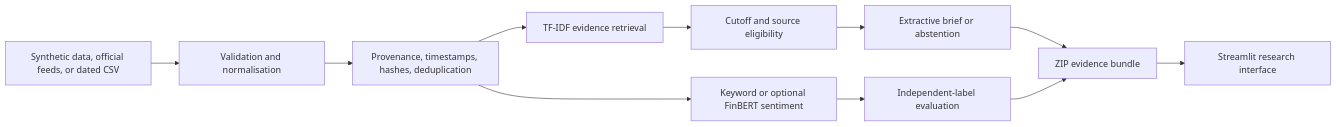
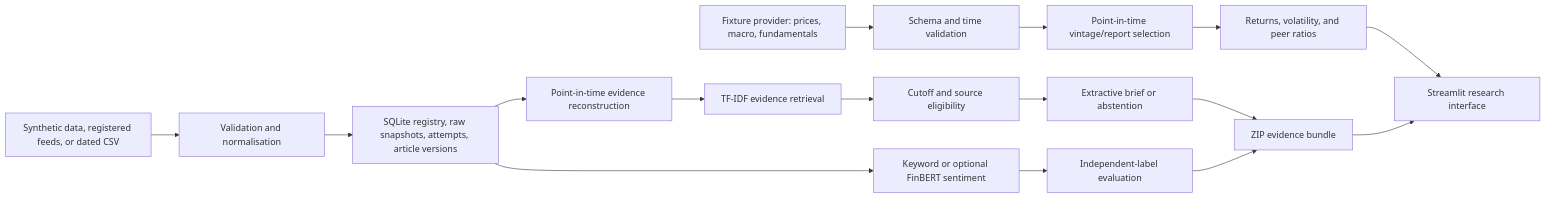
Before and after one commit to iso-derek/market-intelligence-ai-platform: the diagram in README.md, drawn with Mermaid. The commit also changed other lines of this file and 94 other files, not shown here.

````diff
--- a/README.md
+++ b/README.md
@@ -47,13 +72,18 @@
 ```mermaid
 flowchart LR
-    A[Synthetic data, official feeds, or dated CSV] --> B[Validation and normalisation]
-    B --> C[Provenance, timestamps, hashes, deduplication]
+    M[Fixture provider: prices, macro, fundamentals] --> N[Schema and time validation]
+    N --> O[Point-in-time vintage/report selection]
+    O --> P[Returns, volatility, and peer ratios]
+    P --> J[Streamlit research interface]
+    A[Synthetic data, registered feeds, or dated CSV] --> B[Validation and normalisation]
+    B --> C[SQLite registry, raw snapshots, attempts, article versions]
+    C --> D0[Point-in-time evidence reconstruction]
     C --> D[Keyword or optional FinBERT sentiment]
-    C --> E[TF-IDF evidence retrieval]
+    D0 --> E[TF-IDF evidence retrieval]
     E --> F[Cutoff and source eligibility]
     F --> G[Extractive brief or abstention]
     D --> H[Independent-label evaluation]
     G --> I[ZIP evidence bundle]
     H --> I
     I --> J[Streamlit research interface]
 ```
````
